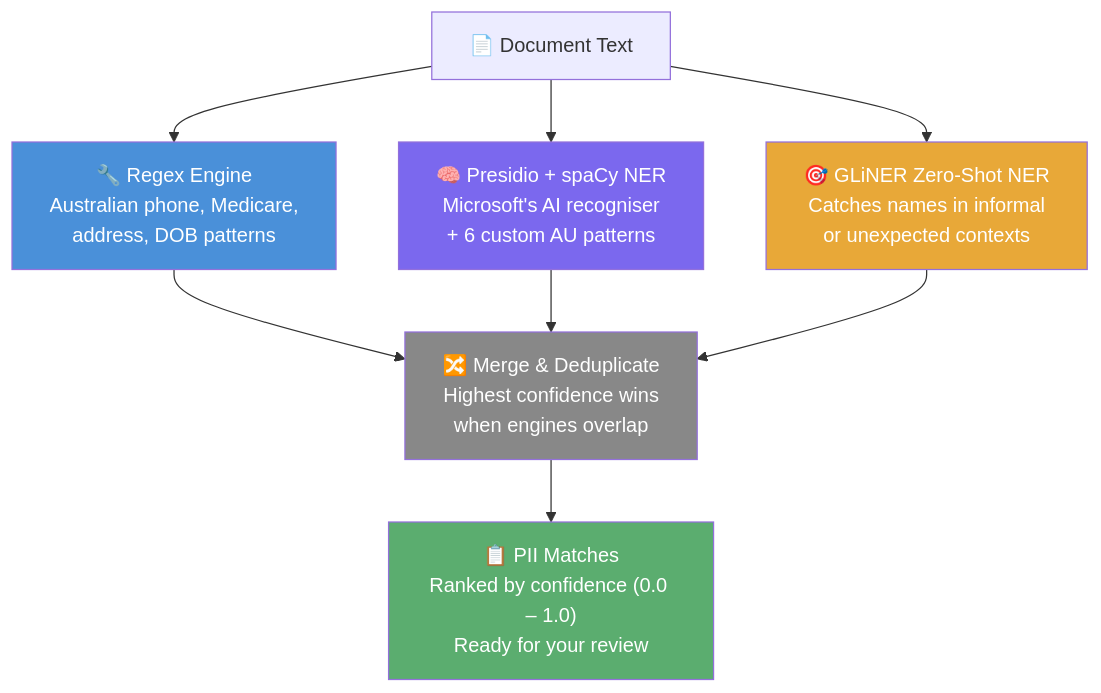
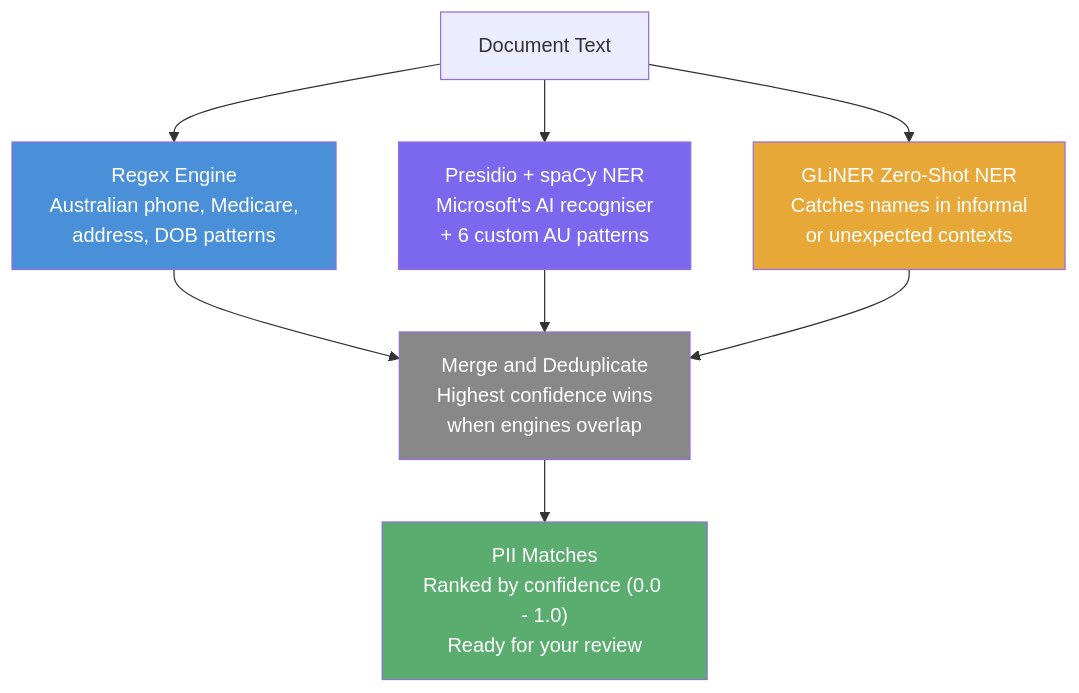
Before and after one commit to mrdavearms/student-doc-redactor: the second of 3 diagrams in README.md, drawn with Mermaid. The commit also changed other lines of this file and 1 other file, not shown here.

````diff
--- a/README.md
+++ b/README.md
@@ -84,23 +96,23 @@
 ```mermaid
 graph TD
-    DOC["📄 Document Text"] --> RE
+    DOC["Document Text"] --> RE
     DOC --> PR
     DOC --> GL
 
-    RE["🔧 Regex Engine\nAustralian phone, Medicare,\naddress, DOB patterns"]
-    PR["🧠 Presidio + spaCy NER\nMicrosoft's AI recogniser\n+ 6 custom AU patterns"]
-    GL["🎯 GLiNER Zero-Shot NER\nCatches names in informal\nor unexpected contexts"]
+    RE["Regex Engine\nAustralian phone, Medicare,\naddress, DOB patterns"]
+    PR["Presidio + spaCy NER\nMicrosoft's AI recogniser\n+ 6 custom AU patterns"]
+    GL["GLiNER Zero-Shot NER\nCatches names in informal\nor unexpected contexts"]
 
     RE --> MRG
     PR --> MRG
     GL --> MRG
 
-    MRG["🔀 Merge & Deduplicate\nHighest confidence wins\nwhen engines overlap"]
-    MRG --> OUT["📋 PII Matches\nRanked by confidence (0.0 – 1.0)\nReady for your review"]
+    MRG["Merge and Deduplicate\nHighest confidence wins\nwhen engines overlap"]
+    MRG --> OUT["PII Matches\nRanked by confidence (0.0 - 1.0)\nReady for your review"]
 
     style RE fill:#4A90D9,color:#fff
     style PR fill:#7B68EE,color:#fff
     style GL fill:#E8A838,color:#fff
     style MRG fill:#888,color:#fff
     style OUT fill:#5BAD6F,color:#fff
 ```
````
